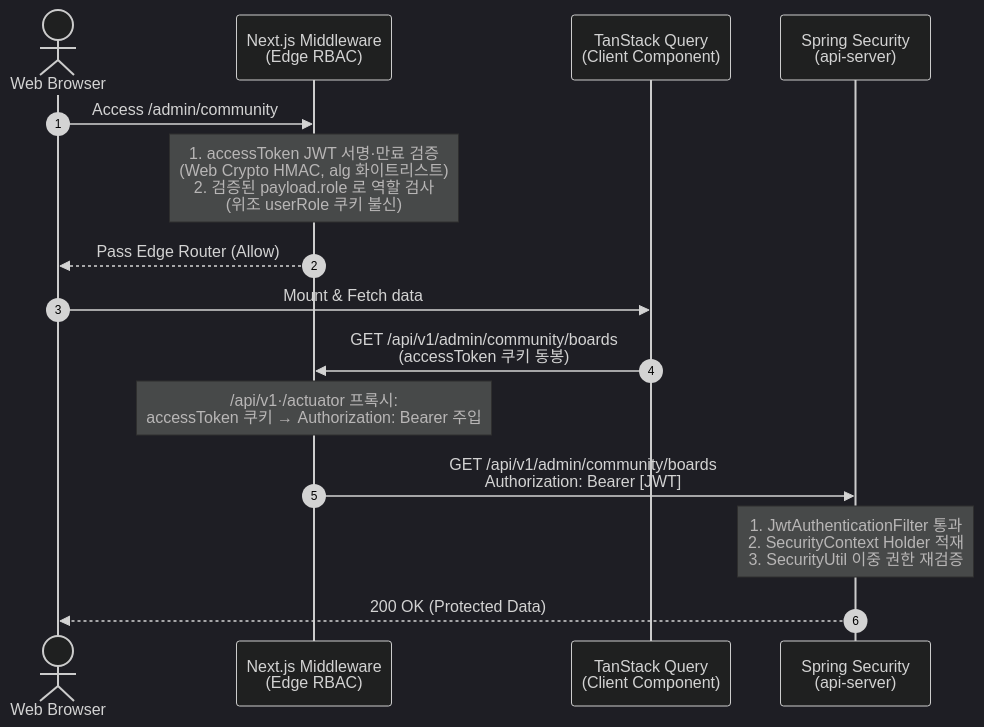
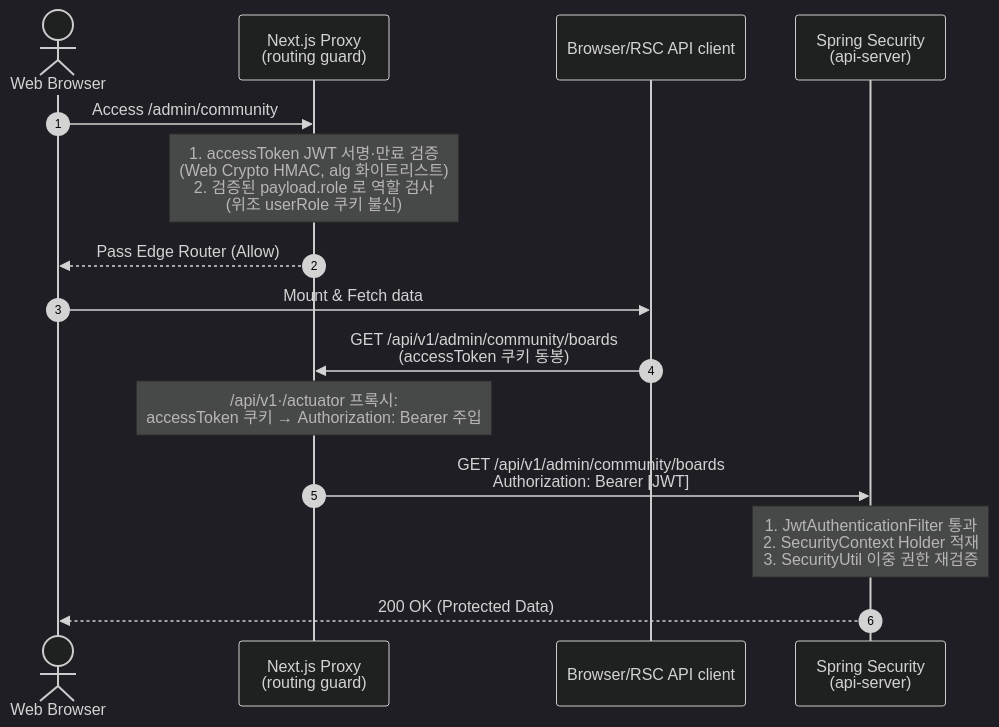
One commit to lkindo/egov-enterprise changed the diagram in docs/03-guides/security-hardening-playbook.md. Above: the diagram before and after it, drawn with Mermaid (dark theme). The commit also changed other lines of this file and 102 other files, not shown here.

````diff
--- a/docs/03-guides/security-hardening-playbook.md
+++ b/docs/03-guides/security-hardening-playbook.md
@@ -11,20 +11,20 @@
 ```mermaid
 sequenceDiagram
     autonumber
     actor User as Web Browser
-    participant Mid as Next.js Middleware<br>(Edge RBAC)
-    participant Client as TanStack Query<br>(Client Component)
+    participant Mid as Next.js Proxy<br>(routing guard)
+    participant Client as Browser/RSC API client
     participant BE as Spring Security<br>(api-server)
 
     User->>Mid: Access /admin/community
     Note over Mid: 1. accessToken JWT 서명·만료 검증<br>(Web Crypto HMAC, alg 화이트리스트)<br>2. 검증된 payload.role 로 역할 검사<br>(위조 userRole 쿠키 불신)
     Mid-->>User: Pass Edge Router (Allow)
     
     User->>Client: Mount & Fetch data
     Client->>Mid: GET /api/v1/admin/community/boards<br>(accessToken 쿠키 동봉)
     Note over Mid: /api/v1·/actuator 프록시:<br>accessToken 쿠키 → Authorization: Bearer 주입
     Mid->>BE: GET /api/v1/admin/community/boards<br>Authorization: Bearer [JWT]
     
     Note over BE: 1. JwtAuthenticationFilter 통과<br>2. SecurityContext Holder 적재<br>3. SecurityUtil 이중 권한 재검증
     BE-->>User: 200 OK (Protected Data)
 ```
````
